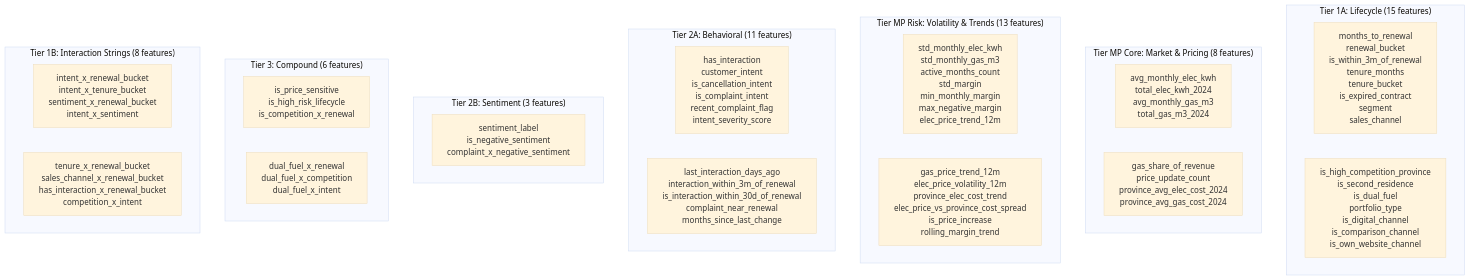
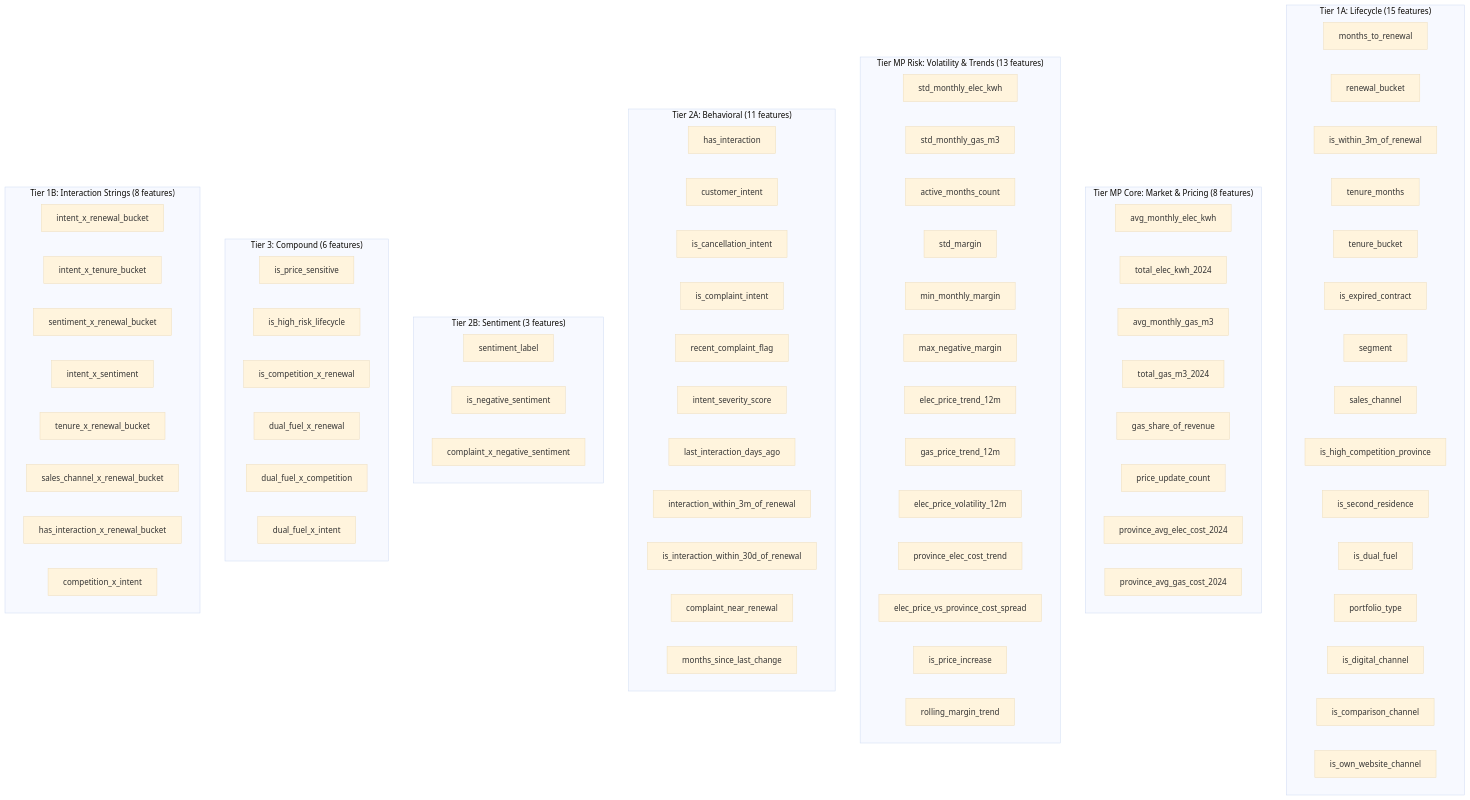
The third of 8 diagrams in README.md (rawad-yared/bcgx-spanishgas-g1), drawn with Mermaid (base theme) before and after one commit.

Commit message:
Split feature tier diagram into one box per feature for readability

````diff
--- a/README.md
+++ b/README.md
@@ -173,42 +173,87 @@
 ```mermaid
 graph TB
     subgraph T1A["Tier 1A: Lifecycle (15 features)"]
-        direction LR
-        T1A_1["months_to_renewal<br>renewal_bucket<br>is_within_3m_of_renewal<br>tenure_months<br>tenure_bucket<br>is_expired_contract<br>segment<br>sales_channel"]
-        T1A_2["is_high_competition_province<br>is_second_residence<br>is_dual_fuel<br>portfolio_type<br>is_digital_channel<br>is_comparison_channel<br>is_own_website_channel"]
+        t1a_01["months_to_renewal"]
+        t1a_02["renewal_bucket"]
+        t1a_03["is_within_3m_of_renewal"]
+        t1a_04["tenure_months"]
+        t1a_05["tenure_bucket"]
+        t1a_06["is_expired_contract"]
+        t1a_07["segment"]
+        t1a_08["sales_channel"]
+        t1a_09["is_high_competition_province"]
+        t1a_10["is_second_residence"]
+        t1a_11["is_dual_fuel"]
+        t1a_12["portfolio_type"]
+        t1a_13["is_digital_channel"]
+        t1a_14["is_comparison_channel"]
+        t1a_15["is_own_website_channel"]
     end
 
     subgraph TMP_CORE["Tier MP Core: Market & Pricing (8 features)"]
-        direction LR
-        MPC_1["avg_monthly_elec_kwh<br>total_elec_kwh_2024<br>avg_monthly_gas_m3<br>total_gas_m3_2024"]
-        MPC_2["gas_share_of_revenue<br>price_update_count<br>province_avg_elec_cost_2024<br>province_avg_gas_cost_2024"]
+        mpc_01["avg_monthly_elec_kwh"]
+        mpc_02["total_elec_kwh_2024"]
+        mpc_03["avg_monthly_gas_m3"]
+        mpc_04["total_gas_m3_2024"]
+        mpc_05["gas_share_of_revenue"]
+        mpc_06["price_update_count"]
+        mpc_07["province_avg_elec_cost_2024"]
+        mpc_08["province_avg_gas_cost_2024"]
     end
 
     subgraph TMP_RISK["Tier MP Risk: Volatility & Trends (13 features)"]
-        direction LR
-        MPR_1["std_monthly_elec_kwh<br>std_monthly_gas_m3<br>active_months_count<br>std_margin<br>min_monthly_margin<br>max_negative_margin<br>elec_price_trend_12m"]
-        MPR_2["gas_price_trend_12m<br>elec_price_volatility_12m<br>province_elec_cost_trend<br>elec_price_vs_province_cost_spread<br>is_price_increase<br>rolling_margin_trend"]
+        mpr_01["std_monthly_elec_kwh"]
+        mpr_02["std_monthly_gas_m3"]
+        mpr_03["active_months_count"]
+        mpr_04["std_margin"]
+        mpr_05["min_monthly_margin"]
+        mpr_06["max_negative_margin"]
+        mpr_07["elec_price_trend_12m"]
+        mpr_08["gas_price_trend_12m"]
+        mpr_09["elec_price_volatility_12m"]
+        mpr_10["province_elec_cost_trend"]
+        mpr_11["elec_price_vs_province_cost_spread"]
+        mpr_12["is_price_increase"]
+        mpr_13["rolling_margin_trend"]
     end
 
     subgraph T2A["Tier 2A: Behavioral (11 features)"]
-        direction LR
-        B_1["has_interaction<br>customer_intent<br>is_cancellation_intent<br>is_complaint_intent<br>recent_complaint_flag<br>intent_severity_score"]
-        B_2["last_interaction_days_ago<br>interaction_within_3m_of_renewal<br>is_interaction_within_30d_of_renewal<br>complaint_near_renewal<br>months_since_last_change"]
+        t2a_01["has_interaction"]
+        t2a_02["customer_intent"]
+        t2a_03["is_cancellation_intent"]
+        t2a_04["is_complaint_intent"]
+        t2a_05["recent_complaint_flag"]
+        t2a_06["intent_severity_score"]
+        t2a_07["last_interaction_days_ago"]
+        t2a_08["interaction_within_3m_of_renewal"]
+        t2a_09["is_interaction_within_30d_of_renewal"]
+        t2a_10["complaint_near_renewal"]
+        t2a_11["months_since_last_change"]
     end
 
     subgraph T2B["Tier 2B: Sentiment (3 features)"]
-        S_1["sentiment_label<br>is_negative_sentiment<br>complaint_x_negative_sentiment"]
+        t2b_01["sentiment_label"]
+        t2b_02["is_negative_sentiment"]
+        t2b_03["complaint_x_negative_sentiment"]
     end
 
     subgraph T3["Tier 3: Compound (6 features)"]
-        direction LR
-        C_1["is_price_sensitive<br>is_high_risk_lifecycle<br>is_competition_x_renewal"]
-        C_2["dual_fuel_x_renewal<br>dual_fuel_x_competition<br>dual_fuel_x_intent"]
+        t3_01["is_price_sensitive"]
+        t3_02["is_high_risk_lifecycle"]
+        t3_03["is_competition_x_renewal"]
+        t3_04["dual_fuel_x_renewal"]
+        t3_05["dual_fuel_x_competition"]
+        t3_06["dual_fuel_x_intent"]
     end
 
     subgraph T1B["Tier 1B: Interaction Strings (8 features)"]
-        direction LR
-        IS_1["intent_x_renewal_bucket<br>intent_x_tenure_bucket<br>sentiment_x_renewal_bucket<br>intent_x_sentiment"]
-        IS_2["tenure_x_renewal_bucket<br>sales_channel_x_renewal_bucket<br>has_interaction_x_renewal_bucket<br>competition_x_intent"]
+        t1b_01["intent_x_renewal_bucket"]
+        t1b_02["intent_x_tenure_bucket"]
+        t1b_03["sentiment_x_renewal_bucket"]
+        t1b_04["intent_x_sentiment"]
+        t1b_05["tenure_x_renewal_bucket"]
+        t1b_06["sales_channel_x_renewal_bucket"]
+        t1b_07["has_interaction_x_renewal_bucket"]
+        t1b_08["competition_x_intent"]
     end
 ```
````
